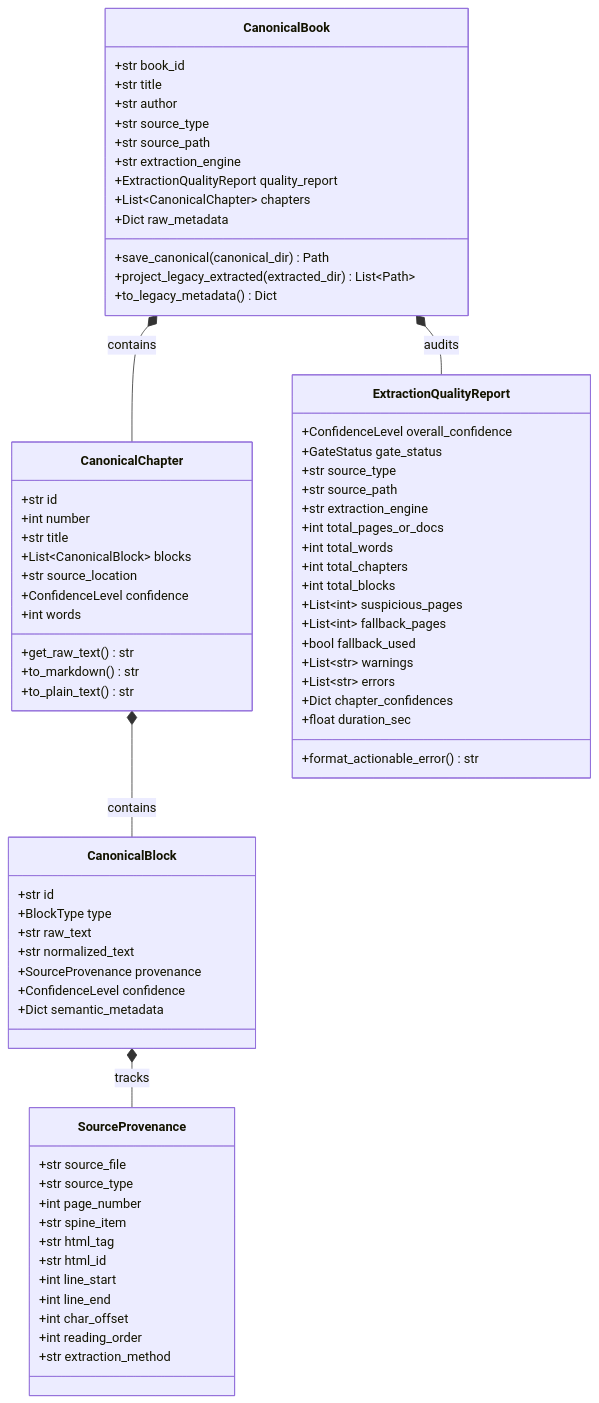
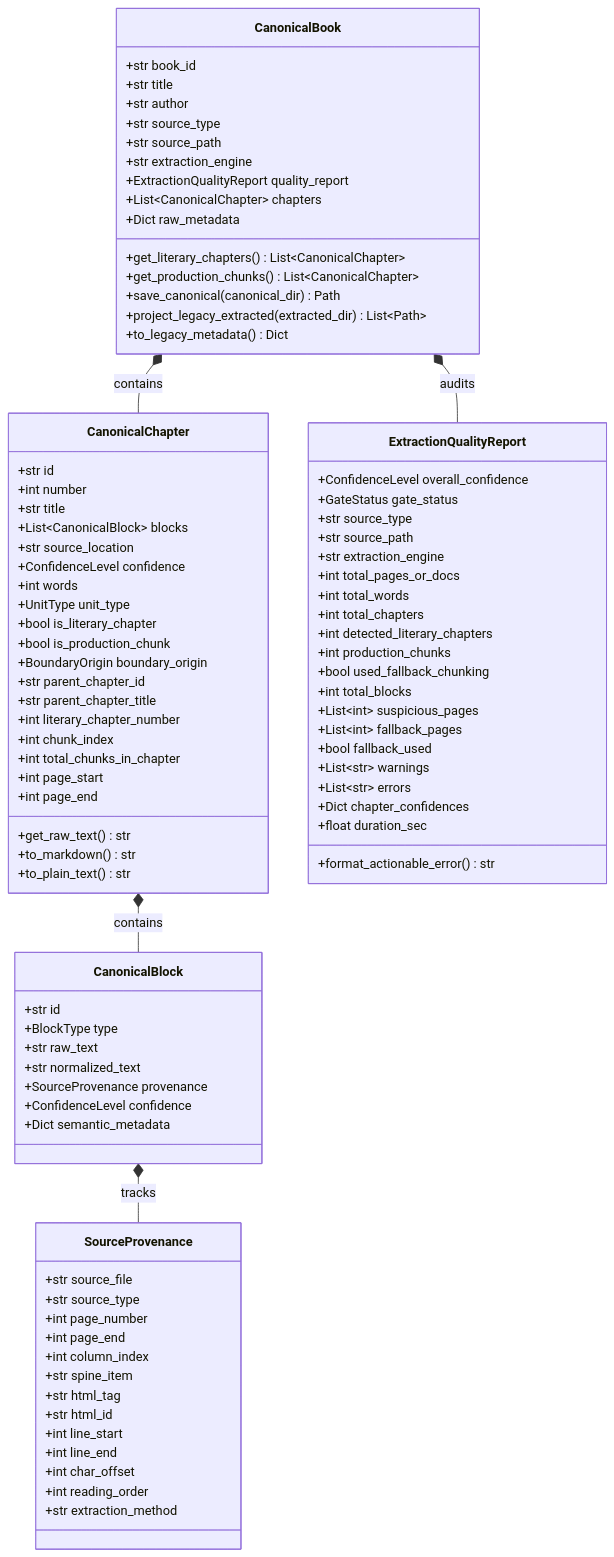
Before and after one commit to naksh-07/audiobook-maker: the second of 5 diagrams in docs/FORENSIC_DOCUMENT_INGESTION.md, drawn with Mermaid. The commit also changed other lines of this file and 18 other files, not shown here.

First line of the commit message:
feat(extraction): upgrade PDF reading order, provenance preservation, quality gate, and literary chapters

```diff
--- a/docs/FORENSIC_DOCUMENT_INGESTION.md
+++ b/docs/FORENSIC_DOCUMENT_INGESTION.md
@@ -123,6 +123,8 @@
         +ExtractionQualityReport quality_report
         +List~CanonicalChapter~ chapters
         +Dict raw_metadata
+        +get_literary_chapters() List~CanonicalChapter~
+        +get_production_chunks() List~CanonicalChapter~
         +save_canonical(canonical_dir) Path
         +project_legacy_extracted(extracted_dir) List~Path~
         +to_legacy_metadata() Dict
@@ -136,6 +138,17 @@
         +str source_location
         +ConfidenceLevel confidence
         +int words
+        +UnitType unit_type
+        +bool is_literary_chapter
+        +bool is_production_chunk
+        +BoundaryOrigin boundary_origin
+        +str parent_chapter_id
+        +str parent_chapter_title
+        +int literary_chapter_number
+        +int chunk_index
+        +int total_chunks_in_chapter
+        +int page_start
+        +int page_end
         +get_raw_text() str
         +to_markdown() str
         +to_plain_text() str
@@ -155,6 +168,8 @@
         +str source_file
         +str source_type
         +int page_number
+        +int page_end
+        +int column_index
         +str spine_item
         +str html_tag
         +str html_id
@@ -174,6 +189,9 @@
         +int total_pages_or_docs
         +int total_words
         +int total_chapters
+        +int detected_literary_chapters
+        +int production_chunks
+        +bool used_fallback_chunking
         +int total_blocks
         +List~int~ suspicious_pages
         +List~int~ fallback_pages
```
